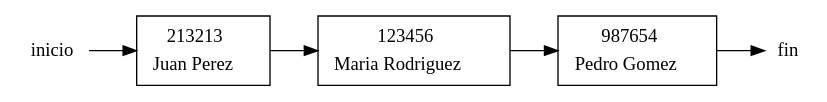
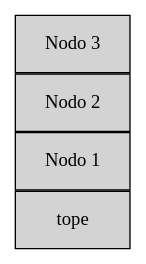
The diagram in EDD_Proyecto1_Fase1/ejemplo.dot (walterjav19/EDD_1S2023_PY_202111718), drawn with Graphviz before and after one commit. The commit also changed 7 other files, not shown here.

```diff
--- a/EDD_Proyecto1_Fase1/ejemplo.dot
+++ b/EDD_Proyecto1_Fase1/ejemplo.dot
@@ -1,21 +1,17 @@
-digraph cola {
+digraph Pila {
+    node [shape=box, width=1.2, height=0.6, style=filled, fillcolor=lightgray];
     rankdir=LR;
-    node [shape=record];
+    nodesep=0;
 
-    // Nodo inicial
-    head [shape=none, label="inicio", style=bold, height=0, width=0];
+    // Nodos de la pila
+    Tope  [label="tope"]
+    nodo1 [label="Nodo 1"];
+    nodo2 [label="Nodo 2"];
+    nodo3 [label="Nodo 3"];
 
-    // Nodo final
-    tail [shape=none, label="fin", style=bold, height=0, width=0];
+    // Agregar la relación rank=same entre el nodo Tope y el primer nodo de la pila
+    {rank=same; Tope; nodo1;}
 
-    // Nodos de los estudiantes
-    a [label=<<TABLE border="0"><TR><TD ALIGN="CENTER">213213</TD></TR><TR><TD ALIGN="CENTER">Juan Perez</TD></TR></TABLE>>];
-    b [label=<<TABLE border="0"><TR><TD ALIGN="CENTER">123456</TD></TR><TR><TD ALIGN="CENTER">Maria Rodriguez</TD></TR></TABLE>>];
-    c [label=<<TABLE border="0"><TR><TD ALIGN="CENTER">987654</TD></TR><TR><TD ALIGN="CENTER">Pedro Gomez</TD></TR></TABLE>>];
+    // Agregar las relaciones de enlace entre los nodos de la pila
 
-    // Enlaces
-    head -> a;
-    a -> b;
-    b -> c;
-    c -> tail;
 }
```
